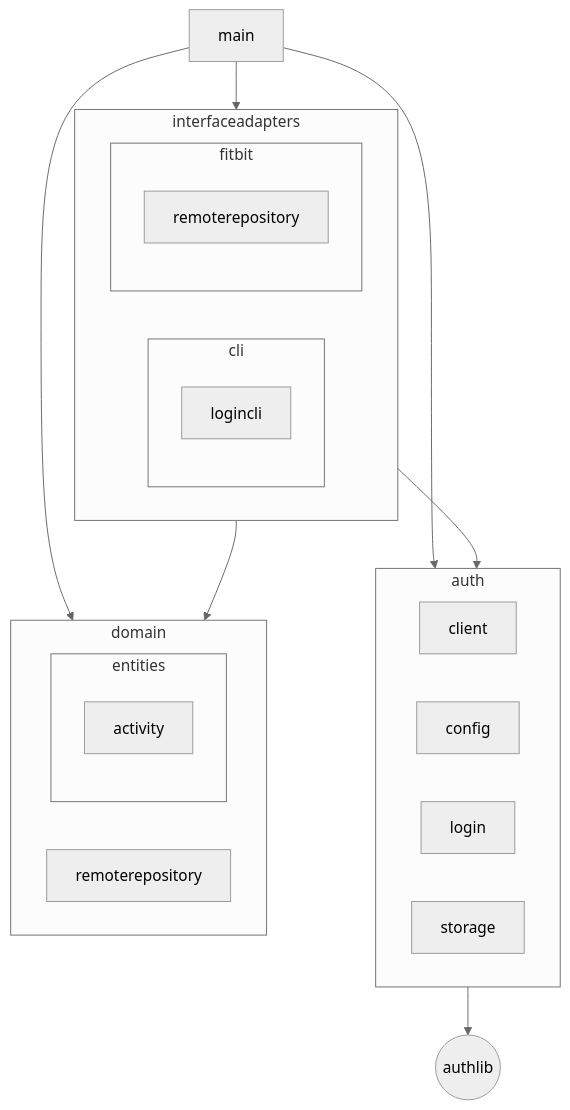
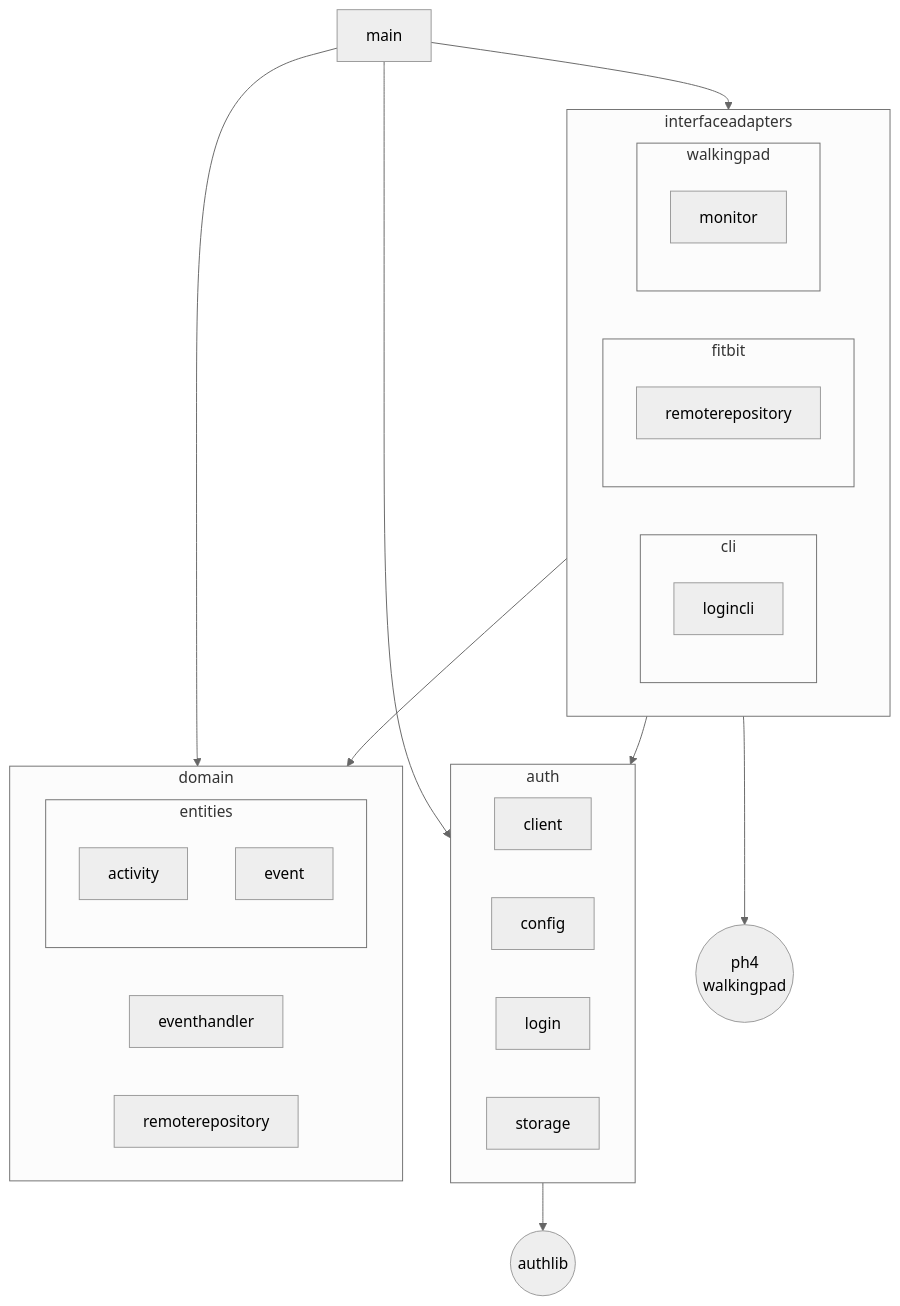
The third of 3 diagrams in docs/architecture.md (caarmen/walkingpad-fitbit), drawn with Mermaid (neutral theme) before and after one commit. The commit also changed other lines of this file and 1 other file, not shown here.

````diff
--- a/docs/architecture.md
+++ b/docs/architecture.md
@@ -50,34 +55,41 @@
 ```mermaid
 flowchart TD
     main
     subgraph auth
         client
         config
         login
         storage
     end
     subgraph domain
+        eventhandler
         remoterepository
         subgraph entities
             activity
+            event
         end
     end
     subgraph interfaceadapters
         subgraph cli
             logincli
         end
         subgraph fitbit
             fitbitemoterepository["remoterepository"]
         end
+        subgraph walkingpad
+            monitor
+        end
     end
 
     authlib(("authlib"))
+    ph4_walkingpad(("ph4<br>walkingpad"))
 
     main --> auth
     main --> domain
     main --> interfaceadapters
 
     interfaceadapters --> domain
     interfaceadapters --> auth
+    interfaceadapters --> ph4_walkingpad
     auth --> authlib
 ```
````
